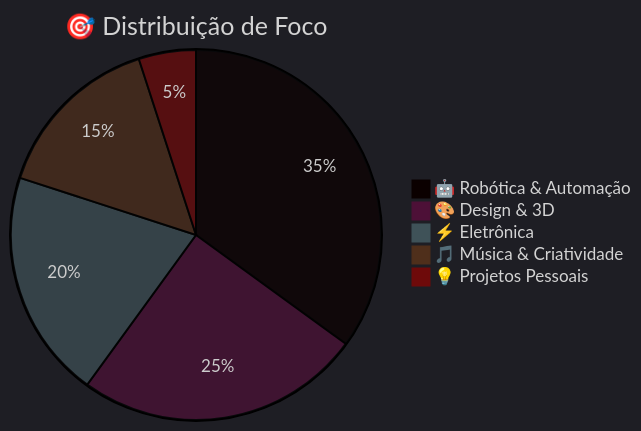
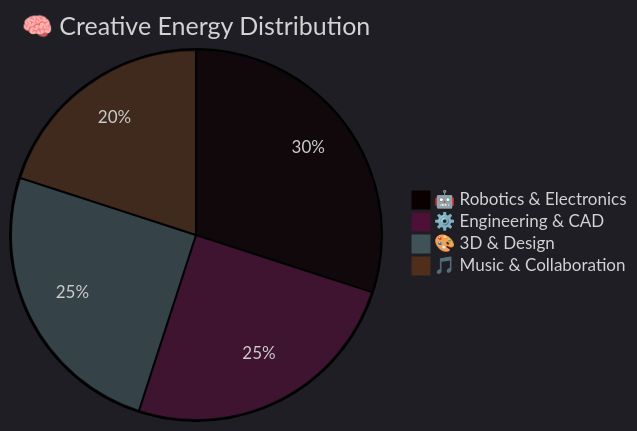
The fourth of 4 diagrams in readme.md (nasblor/nasblor), drawn with Mermaid before and after one commit. The commit also changed other lines of this file, not shown here.

````diff
--- a/readme.md
+++ b/readme.md
@@ -146,9 +163,8 @@
 ```mermaid
-%%{init: {'theme':'dark','themeVariables':{'primaryColor':'#60a5fa','primaryTextColor':'#fff','lineColor':'#93c5fd'}}}%%
-pie title 🎯 Distribuição de Foco
-    "🤖 Robótica & Automação" : 35
-    "🎨 Design & 3D" : 25
-    "⚡ Eletrônica" : 20
-    "🎵 Música & Criatividade" : 15
-    "💡 Projetos Pessoais" : 5
+%%{init: {'theme':'dark','themeVariables':{'primaryColor':'#7dd3fc','primaryTextColor':'#fff','lineColor':'#60a5fa'}}}%%
+pie title 🧠 Creative Energy Distribution
+    "🤖 Robotics & Electronics" : 30
+    "⚙️ Engineering & CAD" : 25
+    "🎨 3D & Design" : 25
+    "🎵 Music & Collaboration" : 20
 ```
````
